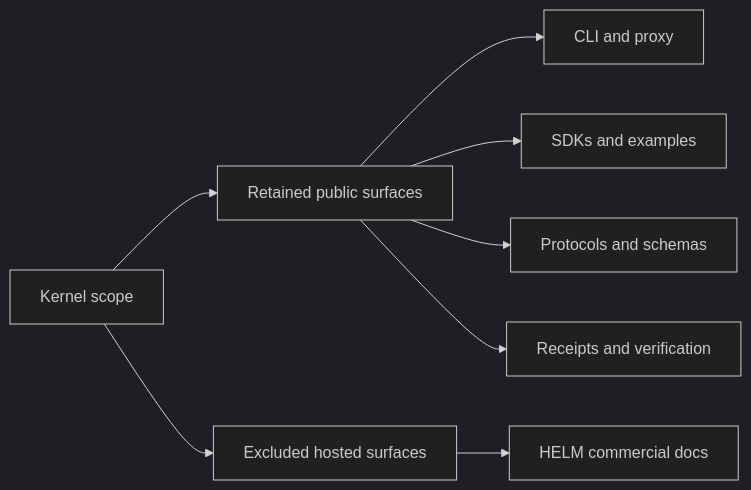
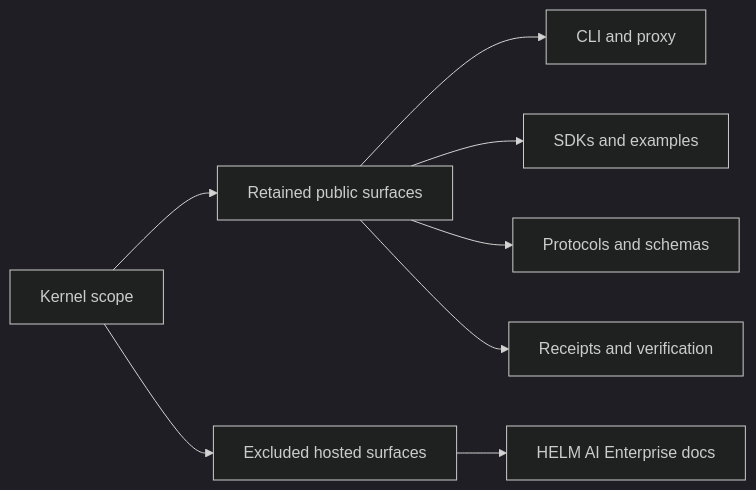
One commit to Mindburn-Labs/helm-ai-kernel changed the diagram in docs/KERNEL_SCOPE.md. Above: the diagram before and after it, drawn with Mermaid (dark theme). The commit also changed 48 other files, not shown here.

````diff
--- a/docs/KERNEL_SCOPE.md
+++ b/docs/KERNEL_SCOPE.md
@@ -193,10 +193,10 @@
 ```mermaid
 flowchart LR
   kernel["Kernel scope"] --> retain["Retained public surfaces"]
   retain --> cli["CLI and proxy"]
   retain --> sdk["SDKs and examples"]
   retain --> protocol["Protocols and schemas"]
   retain --> verify["Receipts and verification"]
   kernel --> exclude["Excluded hosted surfaces"]
-  exclude --> commercial["HELM commercial docs"]
+  exclude --> commercial["HELM AI Enterprise docs"]
 ```
````
